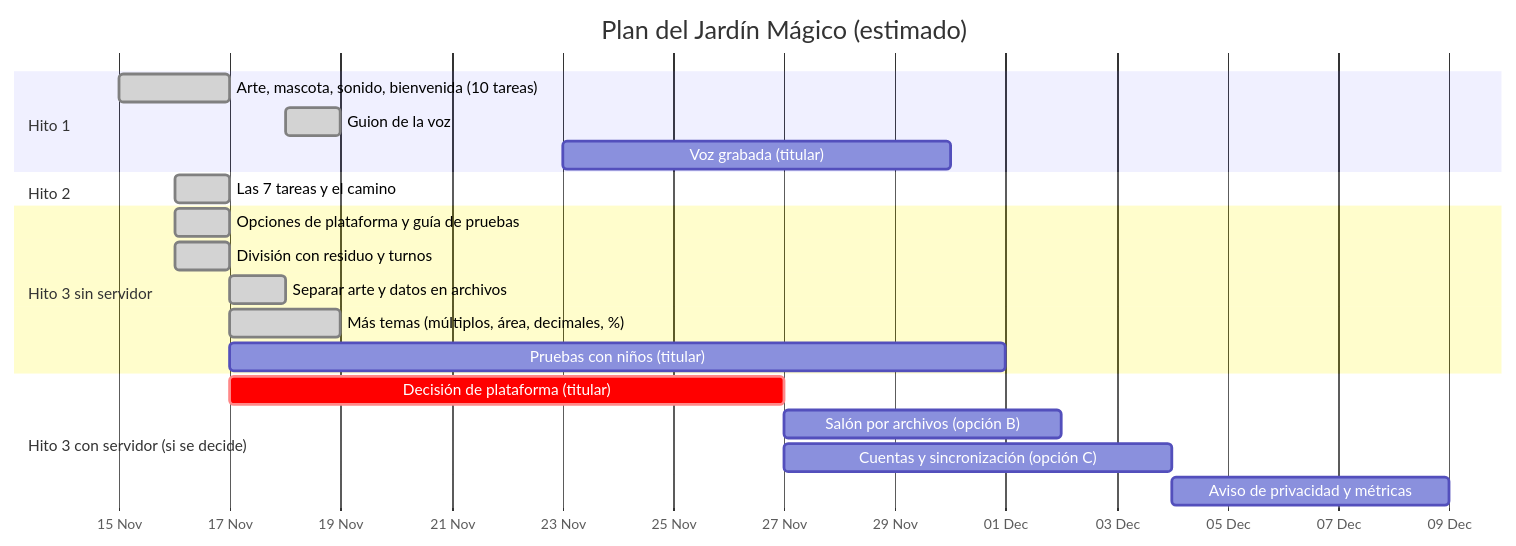
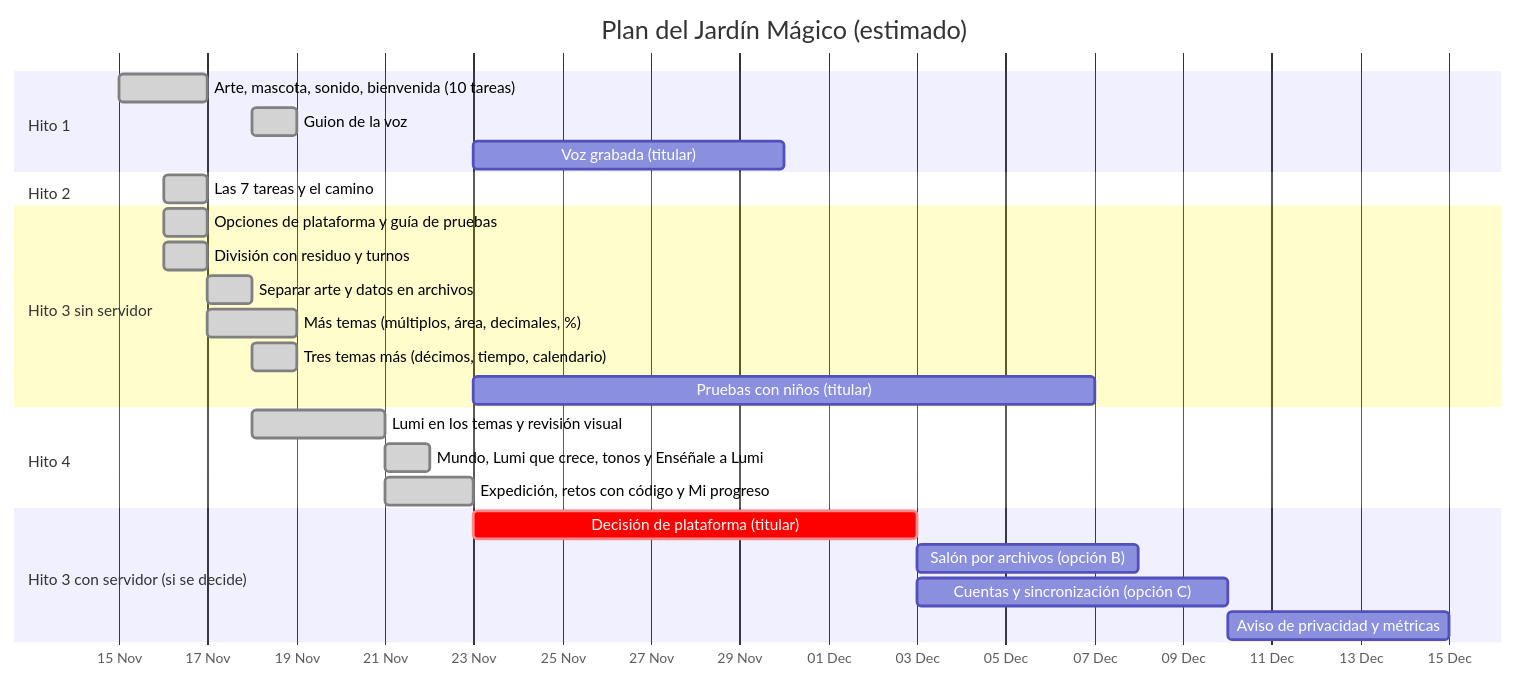
The first of 2 diagrams in docs/PLAN.md (dleon55/jardin-magico-multiplicaciones), drawn with Mermaid before and after one commit. The commit also changed other lines of this file, not shown here.

Commit message:
Plan: fecha al día y el Hito 4 en el cronograma (#132)
Claude-Session: https://claude.ai/code/session_01EGKyZd2f3zSpyB9N5oTa6g

````diff
--- a/docs/PLAN.md
+++ b/docs/PLAN.md
@@ -132,23 +132,28 @@
 ```mermaid
 gantt
     title Plan del Jardín Mágico (estimado)
     dateFormat  YYYY-MM-DD
     axisFormat  %d %b
     section Hito 1
     Arte, mascota, sonido, bienvenida (10 tareas)  :done,    h1, 2026-11-15, 2d
     Guion de la voz                                :done,    h1g, 2026-11-18, 1d
     Voz grabada (titular)                          :         h1v, 2026-11-23, 7d
     section Hito 2
     Las 7 tareas y el camino                       :done,    h2, 2026-11-16, 1d
     section Hito 3 sin servidor
     Opciones de plataforma y guía de pruebas       :done,    h3a, 2026-11-16, 1d
     División con residuo y turnos                  :done,    h3b, 2026-11-16, 1d
     Separar arte y datos en archivos               :done,    h3s, 2026-11-17, 1d
     Más temas (múltiplos, área, decimales, %)      :done,    h3t, 2026-11-17, 2d
-    Pruebas con niños (titular)                    :         h3n, 2026-11-17, 14d
+    Tres temas más (décimos, tiempo, calendario)   :done,    h3u, 2026-11-18, 1d
+    Pruebas con niños (titular)                    :         h3n, 2026-11-23, 14d
+    section Hito 4
+    Lumi en los temas y revisión visual            :done,    h4a, 2026-11-18, 3d
+    Mundo, Lumi que crece, tonos y Enséñale a Lumi :done,    h4b, 2026-11-21, 1d
+    Expedición, retos con código y Mi progreso     :done,    h4c, 2026-11-21, 2d
     section Hito 3 con servidor (si se decide)
-    Decisión de plataforma (titular)               :crit,    h3d, 2026-11-17, 10d
+    Decisión de plataforma (titular)               :crit,    h3d, 2026-11-23, 10d
     Salón por archivos (opción B)                  :         h3b2, after h3d, 5d
     Cuentas y sincronización (opción C)            :         h3e, after h3d, 7d
     Aviso de privacidad y métricas                 :         h3g, after h3e, 5d
 ```
````
